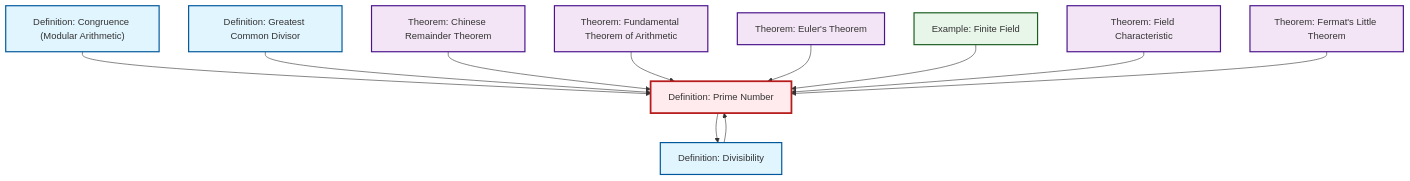
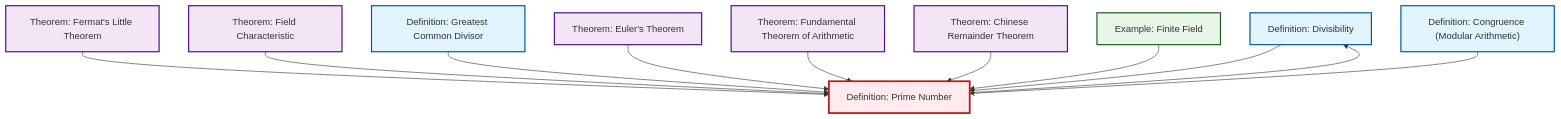
One commit to RK0429/ModernMath changed the diagram in content/en/number-theory/def-prime.qmd. Above: the diagram before and after it, drawn with Mermaid. The commit also changed other lines of this file and 619 other files, not shown here.

First line of the commit message:
feat: Add LCM (Least Common Multiple) definition with comprehensive cross-references

````diff
--- a/content/en/number-theory/def-prime.qmd
+++ b/content/en/number-theory/def-prime.qmd
@@ -55,39 +55,39 @@
 ```{mermaid}
 %%| fig-cap: "Local dependency graph"
 graph TD
     classDef definition fill:#e1f5fe,stroke:#01579b,stroke-width:2px
     classDef theorem fill:#f3e5f5,stroke:#4a148c,stroke-width:2px
     classDef axiom fill:#fff3e0,stroke:#e65100,stroke-width:2px
     classDef example fill:#e8f5e9,stroke:#1b5e20,stroke-width:2px
     classDef current fill:#ffebee,stroke:#b71c1c,stroke-width:3px
+    def-divisibility["Definition: Divisibility"]:::definition
+    def-congruence["Definition: Congruence (Modular Arithmetic)"]:::definition
+    def-gcd["Definition: Greatest Common Divisor"]:::definition
+    def-prime["Definition: Prime Number"]:::definition
     ex-finite-field["Example: Finite Field"]:::example
     thm-field-characteristic["Theorem: Field Characteristic"]:::theorem
     thm-fundamental-arithmetic["Theorem: Fundamental Theorem of Arithmetic"]:::theorem
     thm-euler["Theorem: Euler's Theorem"]:::theorem
-    def-gcd["Definition: Greatest Common Divisor"]:::definition
-    def-congruence["Definition: Congruence (Modular Arithmetic)"]:::definition
+    thm-chinese-remainder["Theorem: Chinese Remainder Theorem"]:::theorem
     thm-fermat-little["Theorem: Fermat's Little Theorem"]:::theorem
-    thm-chinese-remainder["Theorem: Chinese Remainder Theorem"]:::theorem
-    def-prime["Definition: Prime Number"]:::definition
-    def-divisibility["Definition: Divisibility"]:::definition
+    thm-fermat-little --> def-prime
     def-prime --> def-divisibility
-    def-congruence --> def-prime
+    thm-field-characteristic --> def-prime
     def-gcd --> def-prime
+    thm-euler --> def-prime
+    thm-fundamental-arithmetic --> def-prime
     thm-chinese-remainder --> def-prime
-    thm-fundamental-arithmetic --> def-prime
-    thm-euler --> def-prime
     def-divisibility --> def-prime
     ex-finite-field --> def-prime
-    thm-field-characteristic --> def-prime
-    thm-fermat-little --> def-prime
+    def-congruence --> def-prime
     class def-prime current
+    click def-divisibility "def-divisibility.html" "Go to Divisibility definition"
+    click def-congruence "def-congruence.html" "Go to Congruence (Modular Arithmetic) definition"
+    click def-gcd "def-gcd.html" "Go to Greatest Common Divisor definition"
     click ex-finite-field "ex-finite-field.html" "Go to Finite Field example"
     click thm-field-characteristic "thm-field-characteristic.html" "Go to Field Characteristic theorem"
     click thm-fundamental-arithmetic "thm-fundamental-arithmetic.html" "Go to Fundamental Theorem of Arithmetic theorem"
     click thm-euler "thm-euler.html" "Go to Euler's Theorem theorem"
-    click def-gcd "def-gcd.html" "Go to Greatest Common Divisor definition"
-    click def-congruence "def-congruence.html" "Go to Congruence (Modular Arithmetic) definition"
+    click thm-chinese-remainder "thm-chinese-remainder.html" "Go to Chinese Remainder Theorem theorem"
     click thm-fermat-little "thm-fermat-little.html" "Go to Fermat's Little Theorem theorem"
-    click thm-chinese-remainder "thm-chinese-remainder.html" "Go to Chinese Remainder Theorem theorem"
-    click def-divisibility "def-divisibility.html" "Go to Divisibility definition"
 ```
````
